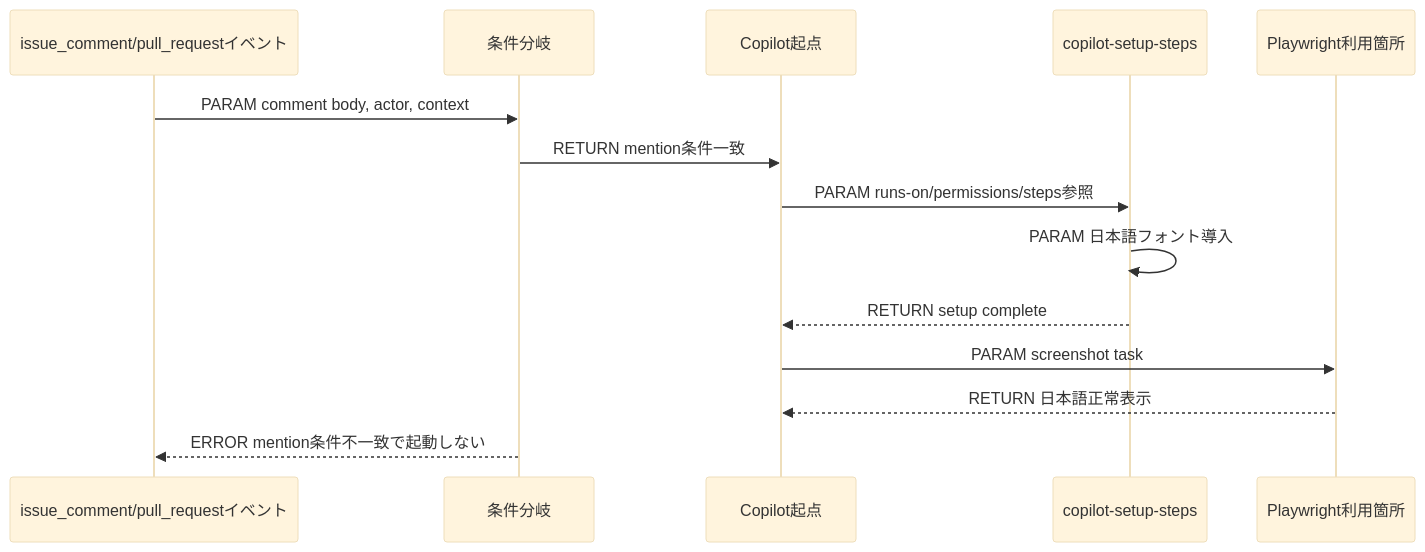
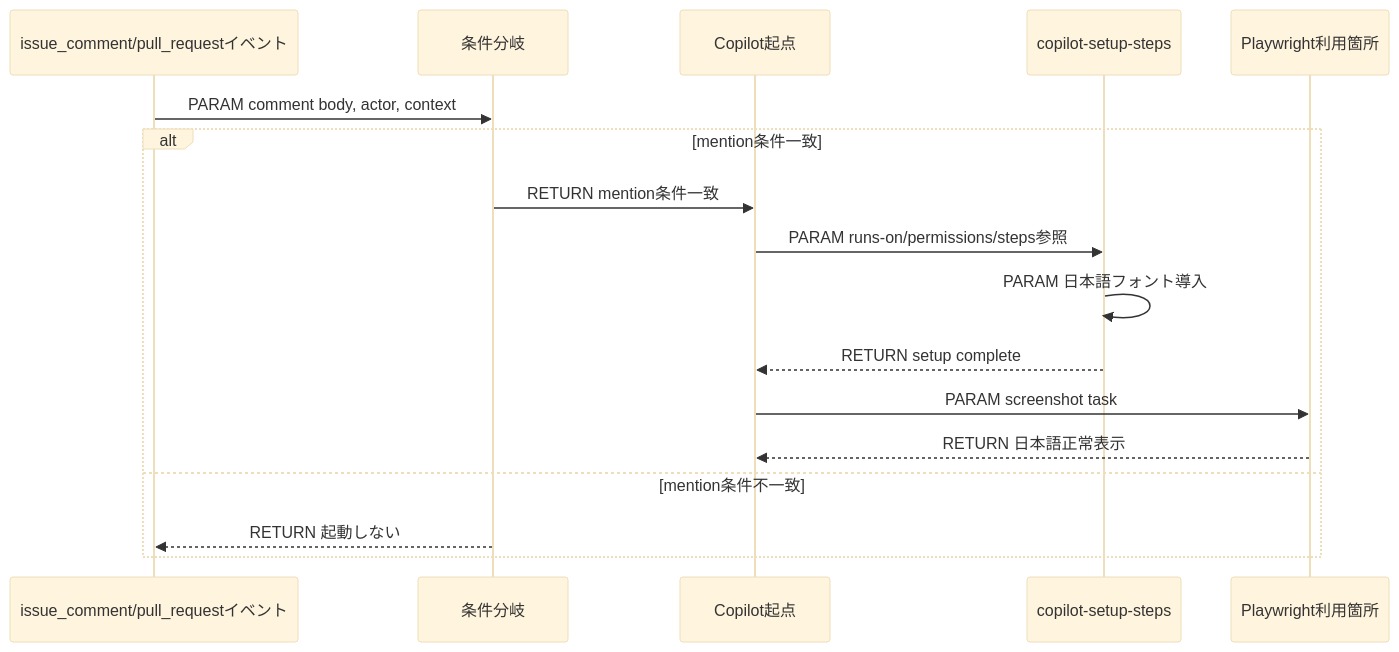
Before and after one commit to LevelCapTech/Agile-PMBOK-Assist: the second of 6 diagrams in .github/copilot/plans/100-jp-fonts-playwright.md, drawn with Mermaid (base theme). The commit also changed other lines of this file, not shown here.

````diff
--- a/.github/copilot/plans/100-jp-fonts-playwright.md
+++ b/.github/copilot/plans/100-jp-fonts-playwright.md
@@ -314,17 +318,20 @@
 ```mermaid
 sequenceDiagram
   participant Event as issue_comment/pull_requestイベント
   participant Condition as 条件分岐
   participant Copilot as Copilot起点
   participant Setup as copilot-setup-steps
   participant PW as Playwright利用箇所
 
   Event->>Condition: PARAM comment body, actor, context
-  Condition->>Copilot: RETURN mention条件一致
-  Copilot->>Setup: PARAM runs-on/permissions/steps参照
-  Setup->>Setup: PARAM 日本語フォント導入
-  Setup-->>Copilot: RETURN setup complete
-  Copilot->>PW: PARAM screenshot task
-  PW-->>Copilot: RETURN 日本語正常表示
-  Condition-->>Event: ERROR mention条件不一致で起動しない
+  alt mention条件一致
+    Condition->>Copilot: RETURN mention条件一致
+    Copilot->>Setup: PARAM runs-on/permissions/steps参照
+    Setup->>Setup: PARAM 日本語フォント導入
+    Setup-->>Copilot: RETURN setup complete
+    Copilot->>PW: PARAM screenshot task
+    PW-->>Copilot: RETURN 日本語正常表示
+  else mention条件不一致
+    Condition-->>Event: RETURN 起動しない
+  end
 ```
````
